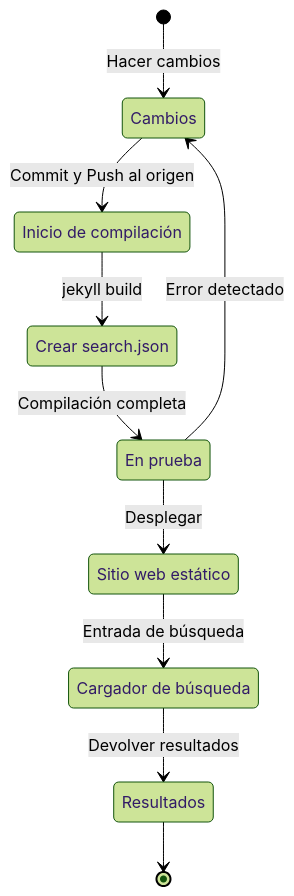
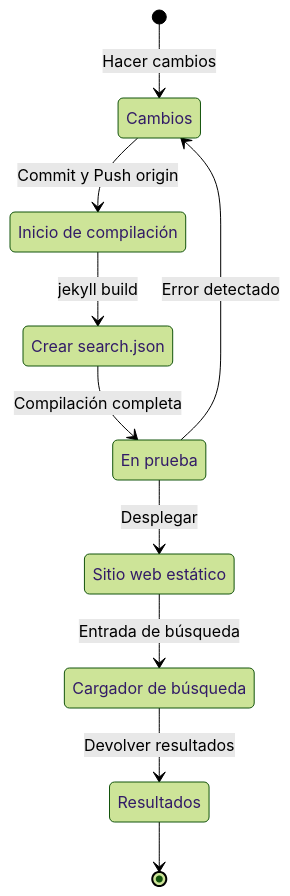
One commit to yunseo-kim/yunseo-kim.github.io changed the diagram in _posts/es/2024-11-25-how-to-support-multi-language-on-jekyll-blog-with-polyglot-2.md. Above: the diagram before and after it, drawn with Mermaid (forest theme). The commit also changed other lines of this file and 14 other files, not shown here.

````diff
--- a/_posts/es/2024-11-25-how-to-support-multi-language-on-jekyll-blog-with-polyglot-2.md
+++ b/_posts/es/2024-11-25-how-to-support-multi-language-on-jekyll-blog-with-polyglot-2.md
@@ -295,20 +325,20 @@
 ```mermaid
 stateDiagram
   state "Cambios" as CH
   state "Inicio de compilación" as BLD
   state "Crear search.json" as IDX
   state "Sitio web estático" as DEP
   state "En prueba" as TST
   state "Cargador de búsqueda" as SCH
   state "Resultados" as R
     
   [*] --> CH: Hacer cambios
-  CH --> BLD: Commit y Push al origen
+  CH --> BLD: Commit y Push origin
   BLD --> IDX: jekyll build
   IDX --> TST: Compilación completa
   TST --> CH: Error detectado
   TST --> DEP: Desplegar
   DEP --> SCH: Entrada de búsqueda
   SCH --> R: Devolver resultados
   R --> [*]
 ```
````
